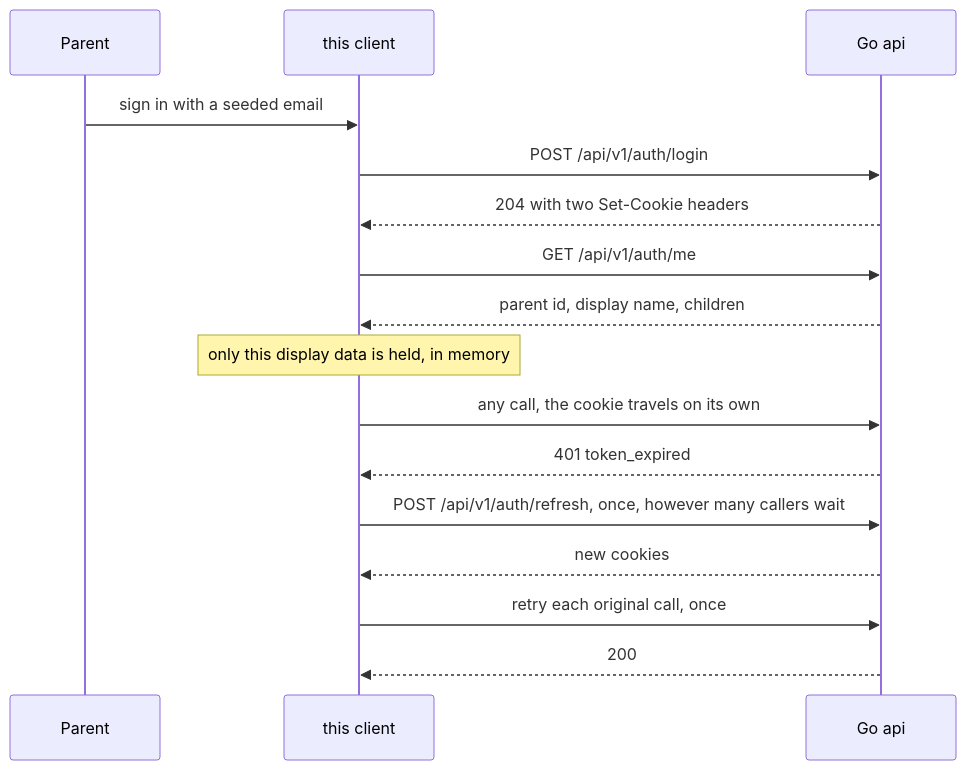
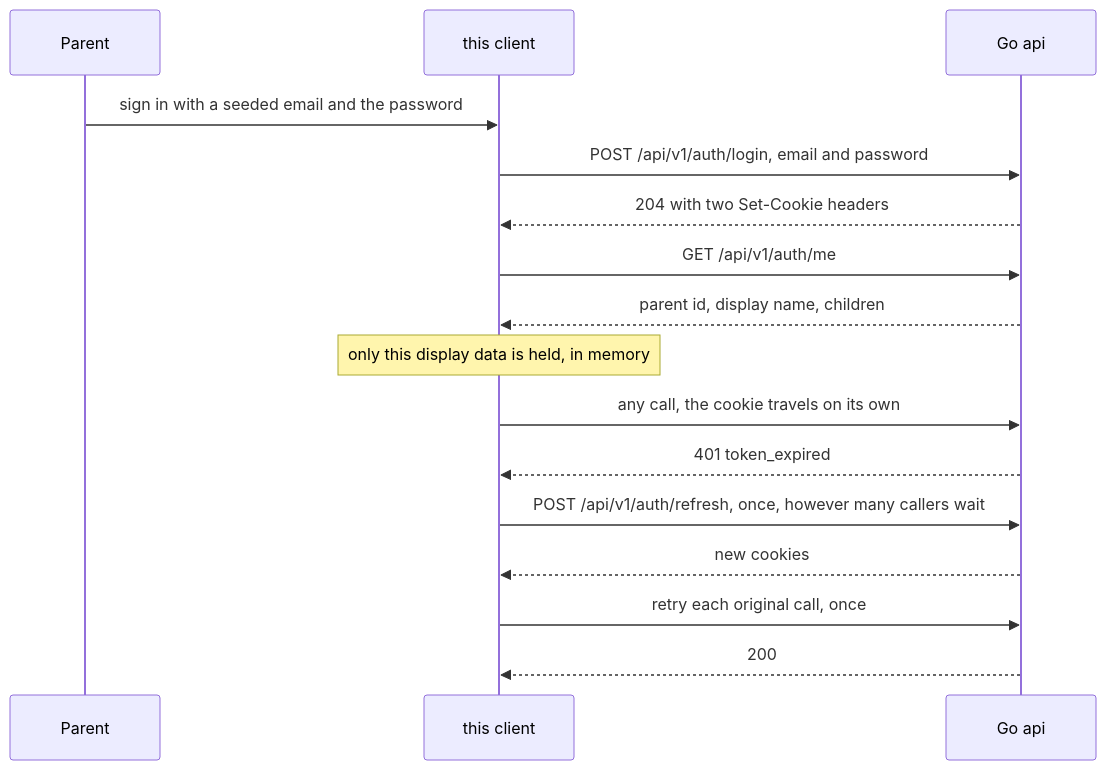
Before and after one commit to prothegee/ottodot-trial-booking_seat: the fourth of 6 diagrams in frontend/HLD.md, drawn with Mermaid. The commit also changed other lines of this file, not shown here.

Commit message:
say the client sends a password

````diff
--- a/frontend/HLD.md
+++ b/frontend/HLD.md
@@ -135,20 +147,20 @@
 ```mermaid
 sequenceDiagram
     participant P as Parent
     participant UI as this client
     participant API as Go api
 
-    P->>UI: sign in with a seeded email
-    UI->>API: POST /api/v1/auth/login
+    P->>UI: sign in with a seeded email and the password
+    UI->>API: POST /api/v1/auth/login, email and password
     API-->>UI: 204 with two Set-Cookie headers
     UI->>API: GET /api/v1/auth/me
     API-->>UI: parent id, display name, children
     Note over UI: only this display data is held, in memory
 
     UI->>API: any call, the cookie travels on its own
     API-->>UI: 401 token_expired
     UI->>API: POST /api/v1/auth/refresh, once, however many callers wait
     API-->>UI: new cookies
     UI->>API: retry each original call, once
     API-->>UI: 200
 ```
````
